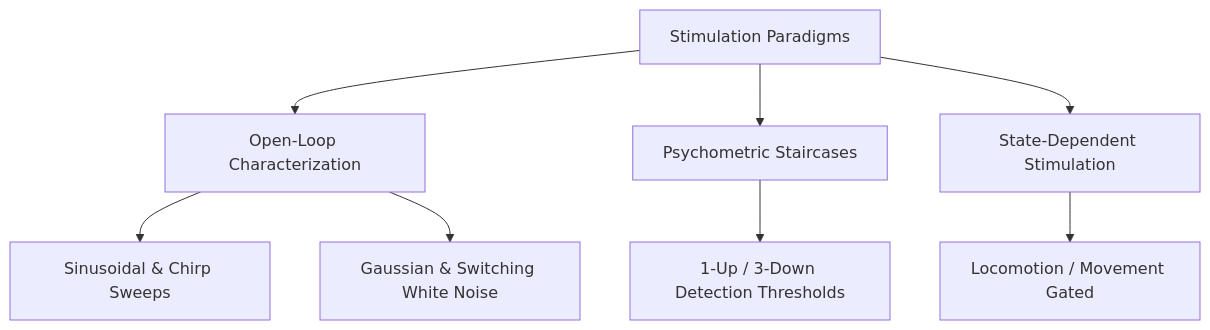
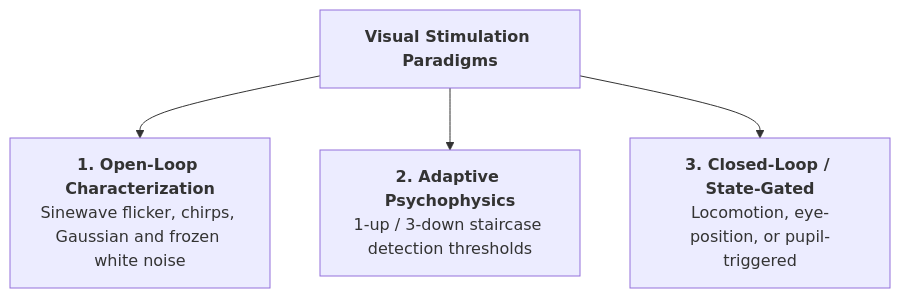
The diagram in docs/4-experimental-workflows/stimulation-paradigms.md (SaleemLab/LEDStimulation), drawn with Mermaid before and after one commit. The commit also changed 25 other files, not shown here.

````diff
--- a/docs/4-experimental-workflows/stimulation-paradigms.md
+++ b/docs/4-experimental-workflows/stimulation-paradigms.md
@@ -12,11 +12,8 @@
 ```mermaid
-graph TD
-    Paradigms[Stimulation Paradigms] --> OpenLoop[Open-Loop Characterization]
-    Paradigms --> Adaptive[Psychometric Staircases]
-    Paradigms --> ClosedLoop[State-Dependent Stimulation]
+flowchart TD
+    Paradigms["<b>Visual Stimulation Paradigms</b>"]
     
-    OpenLoop --> Flicker[Sinusoidal & Chirp Sweeps]
-    OpenLoop --> Noise[Gaussian & Switching White Noise]
-    Adaptive --> Staircase[1-Up / 3-Down Detection Thresholds]
-    ClosedLoop --> Running[Locomotion / Movement Gated]
+    Paradigms --> OpenLoop["<b>1. Open-Loop Characterization</b><br/>Sinewave flicker, chirps, Gaussian and frozen white noise"]
+    Paradigms --> Adaptive["<b>2. Adaptive Psychophysics</b><br/>1-up / 3-down staircase detection thresholds"]
+    Paradigms --> ClosedLoop["<b>3. Closed-Loop / State-Gated</b><br/>Locomotion, eye-position, or pupil-triggered"]
 ```
````
